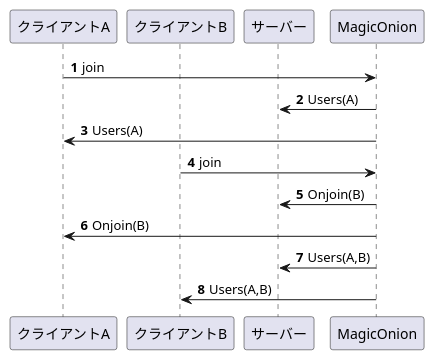
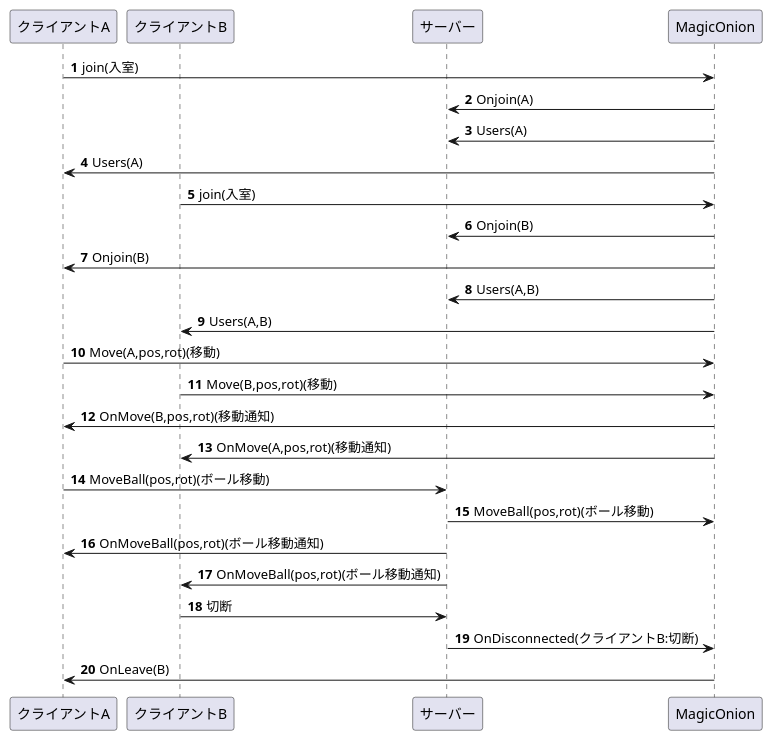
The diagram in Document/sample.puml (Afutum/RealTime), drawn with PlantUML before and after one commit. The commit also changed 3983 other files, not shown here.

```diff
--- a/Document/sample.puml
+++ b/Document/sample.puml
@@ -1,21 +1,36 @@
 @startuml
 'botシーケンス図
 
 participant クライアントA
 participant クライアントB
 participant サーバー
 participant MagicOnion
 
 
 autonumber
 
-クライアントA -> MagicOnion:join
+クライアントA -> MagicOnion:join(入室)
+サーバー <- MagicOnion:Onjoin(A)
 サーバー <- MagicOnion:Users(A)
 クライアントA <- MagicOnion:Users(A)
-クライアントB -> MagicOnion:join
+クライアントB -> MagicOnion:join(入室)
 サーバー <- MagicOnion:Onjoin(B)
 クライアントA <- MagicOnion:Onjoin(B)
 サーバー <- MagicOnion:Users(A,B)
 クライアントB <- MagicOnion:Users(A,B)
 
+クライアントA -> MagicOnion:Move(A,pos,rot)(移動)
+クライアントB -> MagicOnion:Move(B,pos,rot)(移動)
+MagicOnion -> クライアントA:OnMove(B,pos,rot)(移動通知)
+MagicOnion -> クライアントB:OnMove(A,pos,rot)(移動通知)
+
+クライアントA -> サーバー:MoveBall(pos,rot)(ボール移動)
+サーバー -> MagicOnion:MoveBall(pos,rot)(ボール移動)
+サーバー -> クライアントA:OnMoveBall(pos,rot)(ボール移動通知)
+サーバー -> クライアントB:OnMoveBall(pos,rot)(ボール移動通知)
+
+クライアントB -> サーバー:切断
+サーバー -> MagicOnion:OnDisconnected(クライアントB:切断)
+MagicOnion -> クライアントA:OnLeave(B)
+
 @enduml '
```
